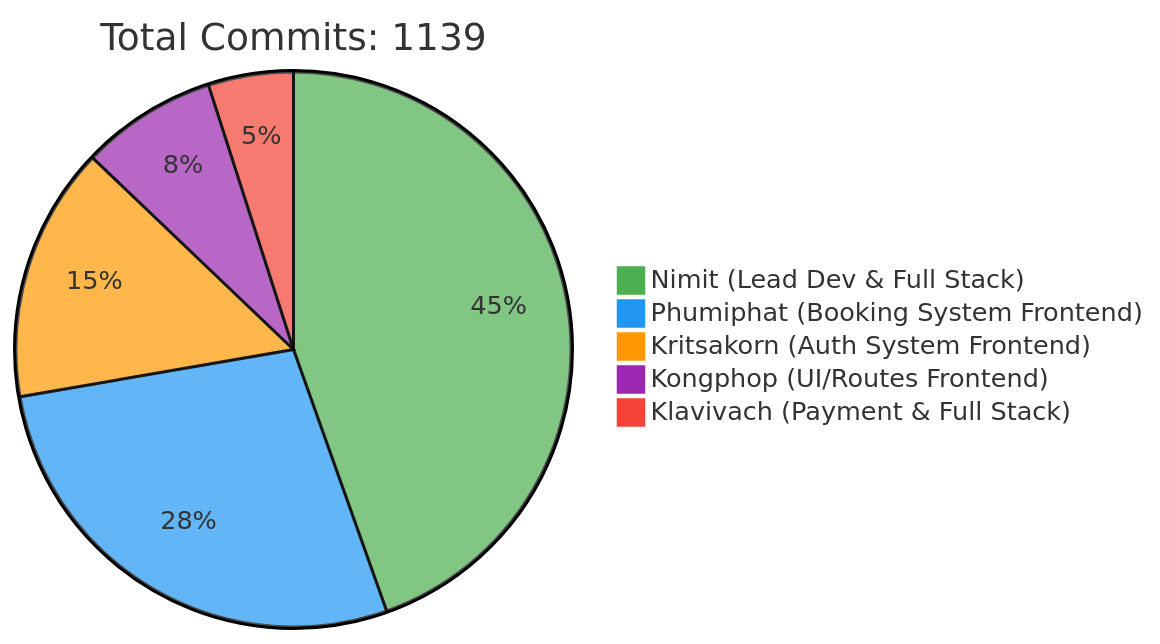
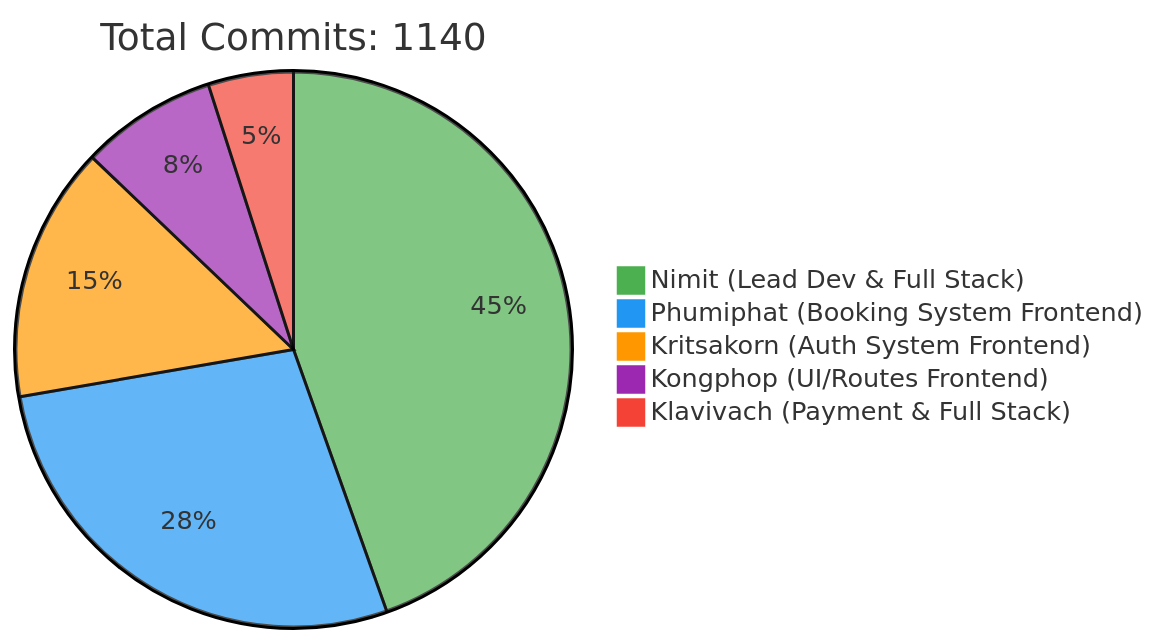
The first of 2 diagrams in README.md (6531503042/Sport-Complex), drawn with Mermaid before and after one commit. The commit also changed other lines of this file, not shown here.

Commit message:
docs: Update contributor statistics [skip ci]

````diff
--- a/README.md
+++ b/README.md
@@ -257,10 +257,10 @@
 ```mermaid
 %%{init: {'theme': 'base', 'themeVariables': { 'pie1': '#4CAF50', 'pie2': '#2196F3', 'pie3': '#FF9800', 'pie4': '#9C27B0', 'pie5': '#F44336'}}}%%
 pie
-    title Total Commits: 1139
+    title Total Commits: 1140
     "Nimit (Lead Dev & Full Stack)" : 450
     "Phumiphat (Booking System Frontend)" : 280
     "Kritsakorn (Auth System Frontend)" : 150
     "Kongphop (UI/Routes Frontend)" : 80
     "Klavivach (Payment & Full Stack)" : 50
 ```
````
